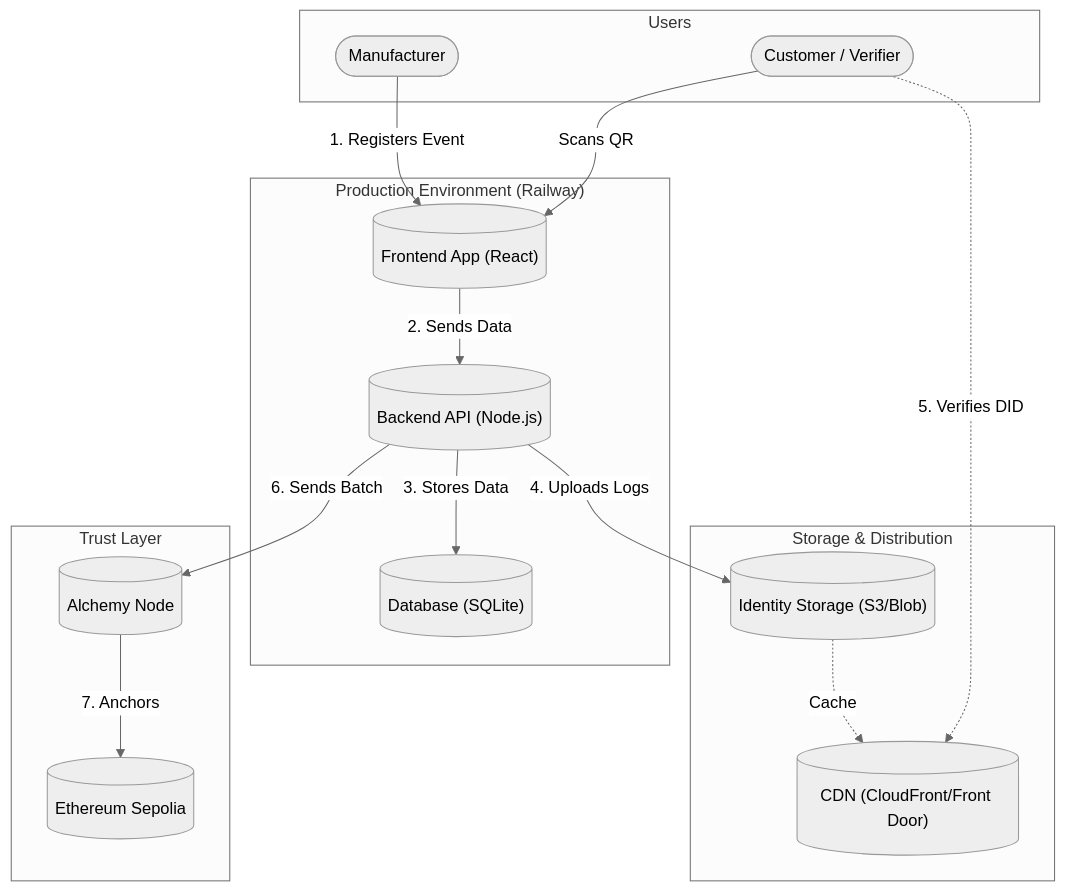
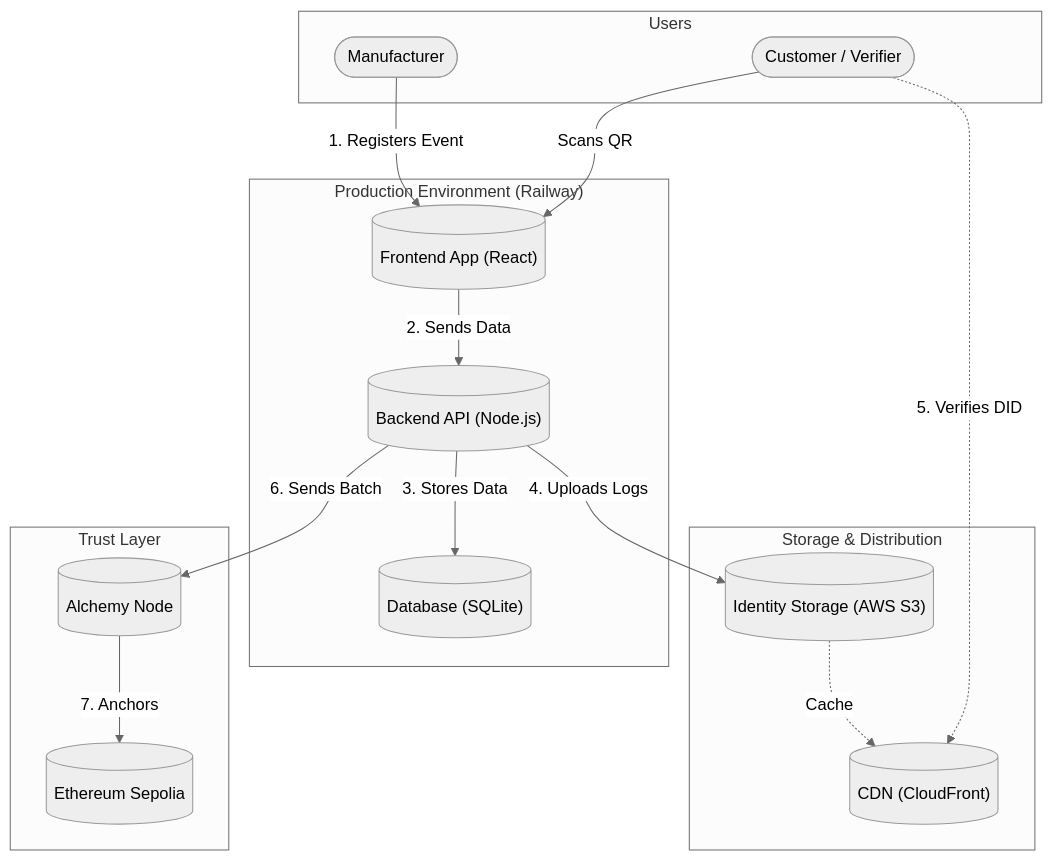
Before and after one commit to Thijmeeee/Enabling-trust-with-DLT-technologies: the diagram in production/PRODUCTION_PLAN.md, drawn with Mermaid (neutral theme). The commit also changed other lines of this file, not shown here.

````diff
--- a/production/PRODUCTION_PLAN.md
+++ b/production/PRODUCTION_PLAN.md
@@ -29,41 +29,41 @@
 ```mermaid
 graph TD
     %% --- User Layer ---
     subgraph Users ["Users"]
         Manufacturer([Manufacturer])
         Verifier([Customer / Verifier])
     end
 
     %% --- Production Layer ---
     subgraph Production ["Production Environment (Railway)"]
         ReactSPA[("Frontend App (React)")]
         NodeAPI[("Backend API (Node.js)")]
         SQLite[("Database (SQLite)")]
     end
 
     %% --- Storage Layer ---
     subgraph Storage ["Storage & Distribution"]
-        BlobStorage[("Identity Storage (S3/Blob)")]
-        CDN[("CDN (CloudFront/Front Door)")]
+        BlobStorage[("Identity Storage (AWS S3)")]
+        CDN[("CDN (CloudFront)")]
     end
 
     %% --- Trust Layer ---
     subgraph Blockchain ["Trust Layer"]
         Alchemy[("Alchemy Node")]
         Sepolia[("Ethereum Sepolia")]
     end
 
     %% --- Relations ---
     Manufacturer -->|1. Registers Event| ReactSPA
     Verifier -->|Scans QR| ReactSPA
 
     ReactSPA -->|2. Sends Data| NodeAPI
     NodeAPI -->|3. Stores Data| SQLite
     
     NodeAPI -->|4. Uploads Logs| BlobStorage
     BlobStorage -.->|Cache| CDN
     Verifier -.->|5. Verifies DID| CDN
 
     NodeAPI -->|6. Sends Batch| Alchemy
     Alchemy -->|7. Anchors| Sepolia
 ```
````
